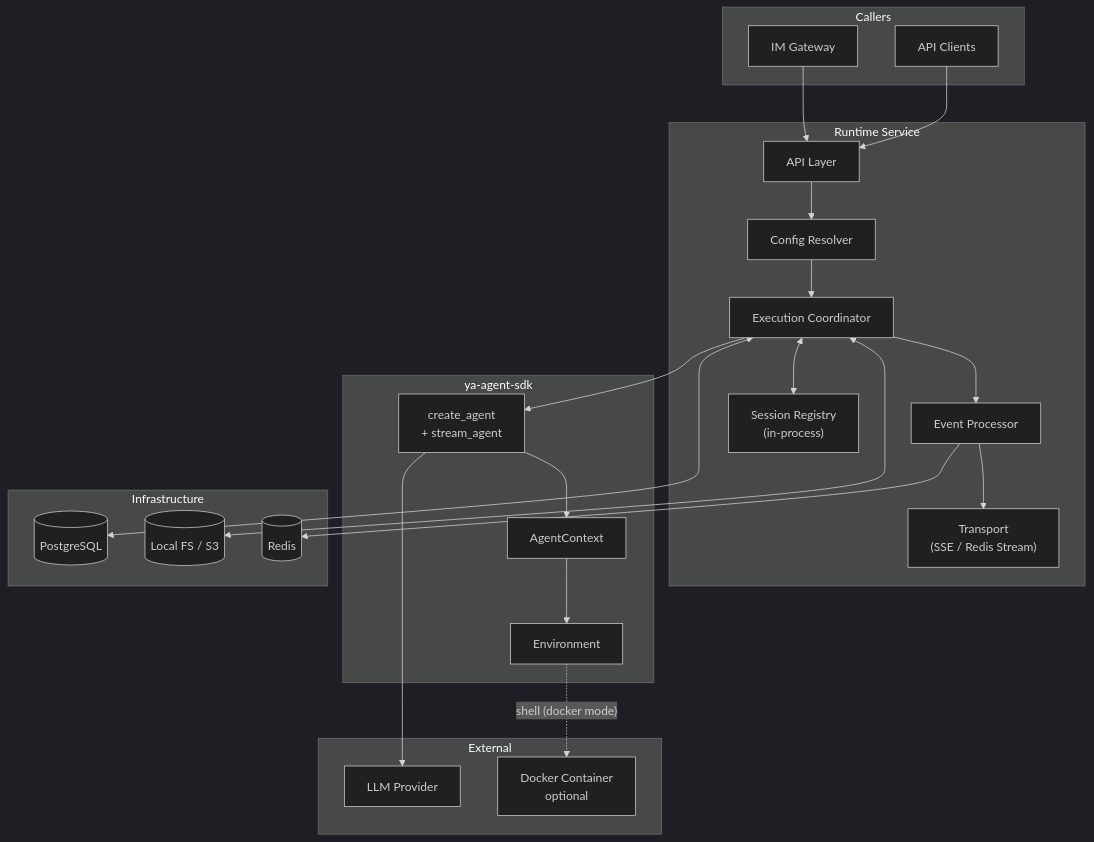
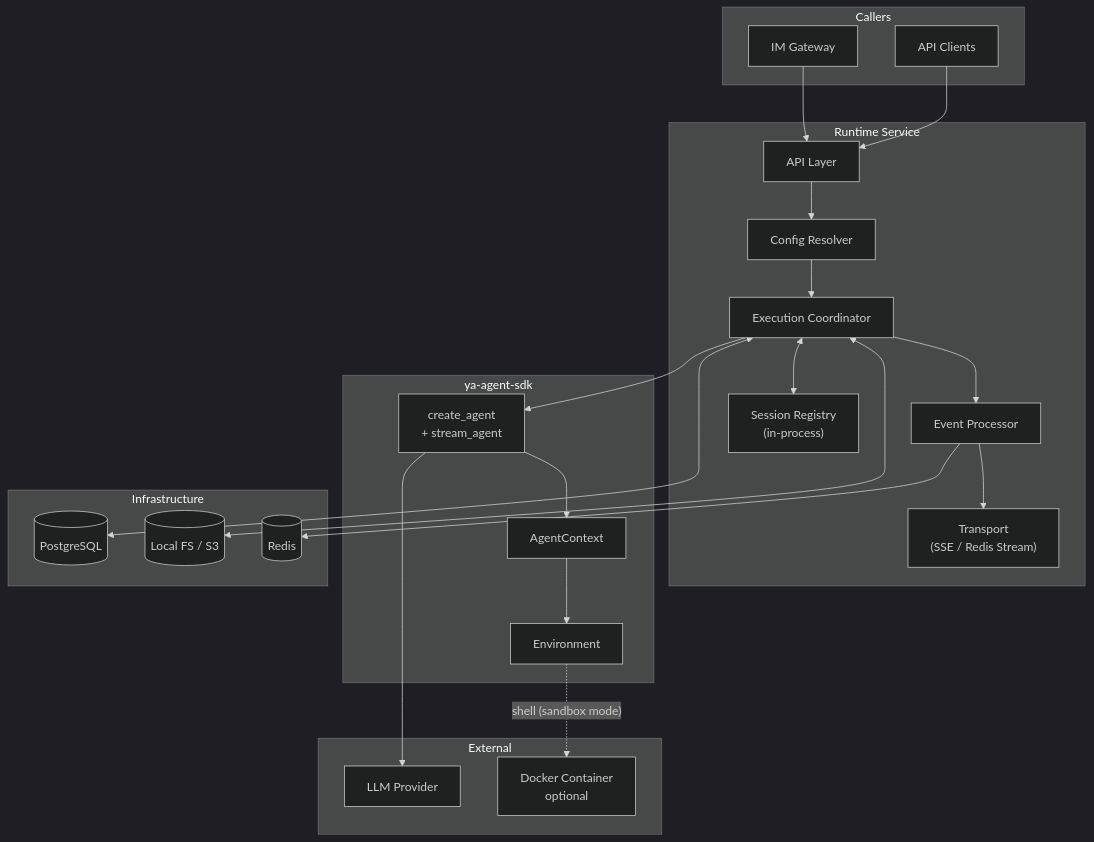
Before and after one commit to Wh1isper/netherbrain: the diagram in spec/agent_runtime/00-overview.md, drawn with Mermaid (dark theme). The commit also changed other lines of this file and 23 other files, not shown here.

First line of the commit message:
feat: add auth middleware, enrich health endpoint, implement sandbox env

````diff
--- a/spec/agent_runtime/00-overview.md
+++ b/spec/agent_runtime/00-overview.md
@@ -28,47 +28,47 @@
 ```mermaid
 flowchart TB
     subgraph Callers
         GW[IM Gateway]
         API_CLIENT[API Clients]
     end
 
     subgraph RT["Runtime Service"]
         API[API Layer]
         RES[Config Resolver]
         EXEC[Execution Coordinator]
         EVT[Event Processor]
         STR["Transport<br/>(SSE / Redis Stream)"]
         REG["Session Registry<br/>(in-process)"]
     end
 
     subgraph SDK["ya-agent-sdk"]
         AGENT["create_agent<br/>+ stream_agent"]
         CTX[AgentContext]
         ENV[Environment]
     end
 
     subgraph Infra["Infrastructure"]
         PG[(PostgreSQL)]
         FS[(Local FS / S3)]
         RD[(Redis)]
     end
 
     subgraph External
         LLM[LLM Provider]
         DK[Docker Container<br/>optional]
     end
 
     GW & API_CLIENT --> API
     API --> RES --> EXEC
     EXEC --> AGENT --> CTX --> ENV
 
     EXEC --> EVT --> STR
     EXEC <--> REG
 
     EXEC <--> PG
     EXEC <--> FS
     EVT --> RD
 
     AGENT --> LLM
-    ENV -.->|"shell (docker mode)"| DK
+    ENV -.->|"shell (sandbox mode)"| DK
 ```
````
